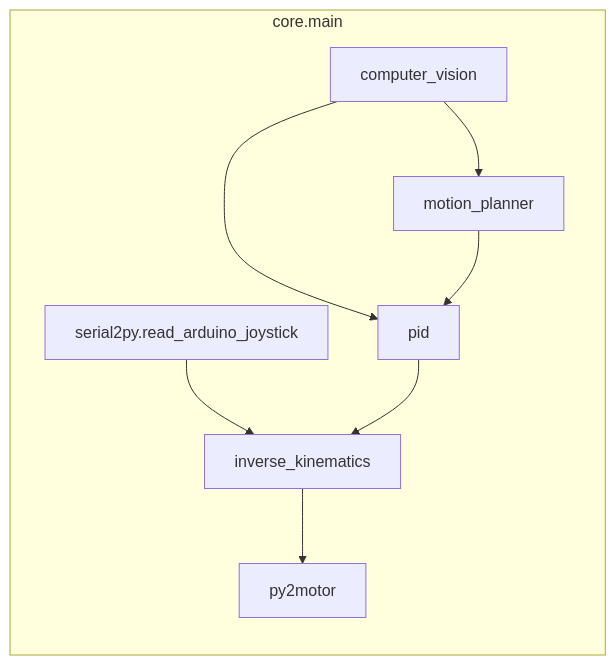
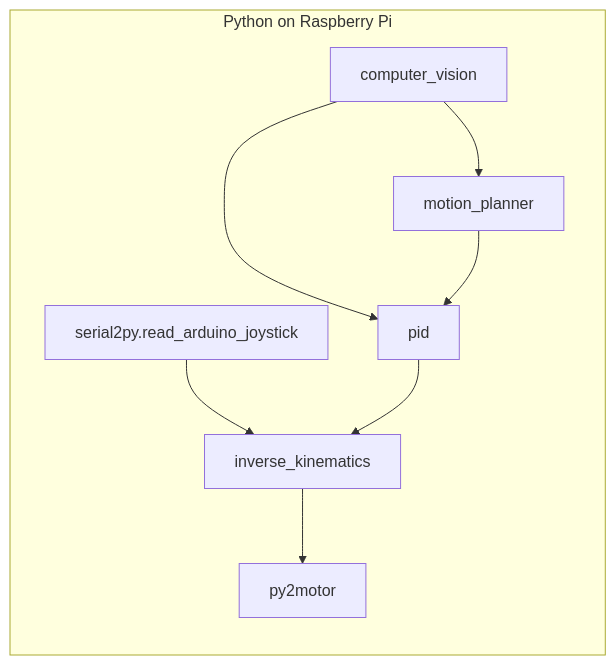
One commit to thomasonzhou/ball-balancing-software changed the diagram in docs/architecture/core.md. Above: the diagram before and after it, drawn with Mermaid.

Commit message:
Update archi

````diff
--- a/docs/architecture/core.md
+++ b/docs/architecture/core.md
@@ -1,11 +1,11 @@
 ```mermaid
 flowchart LR
-    subgraph core.main
+    subgraph Python on Raspberry Pi
 
         serial2py.read_arduino_joystick --> inverse_kinematics
         computer_vision --> pid
         computer_vision --> motion_planner
         motion_planner --> pid
         pid --> inverse_kinematics --> py2motor
     end
 ```
````
